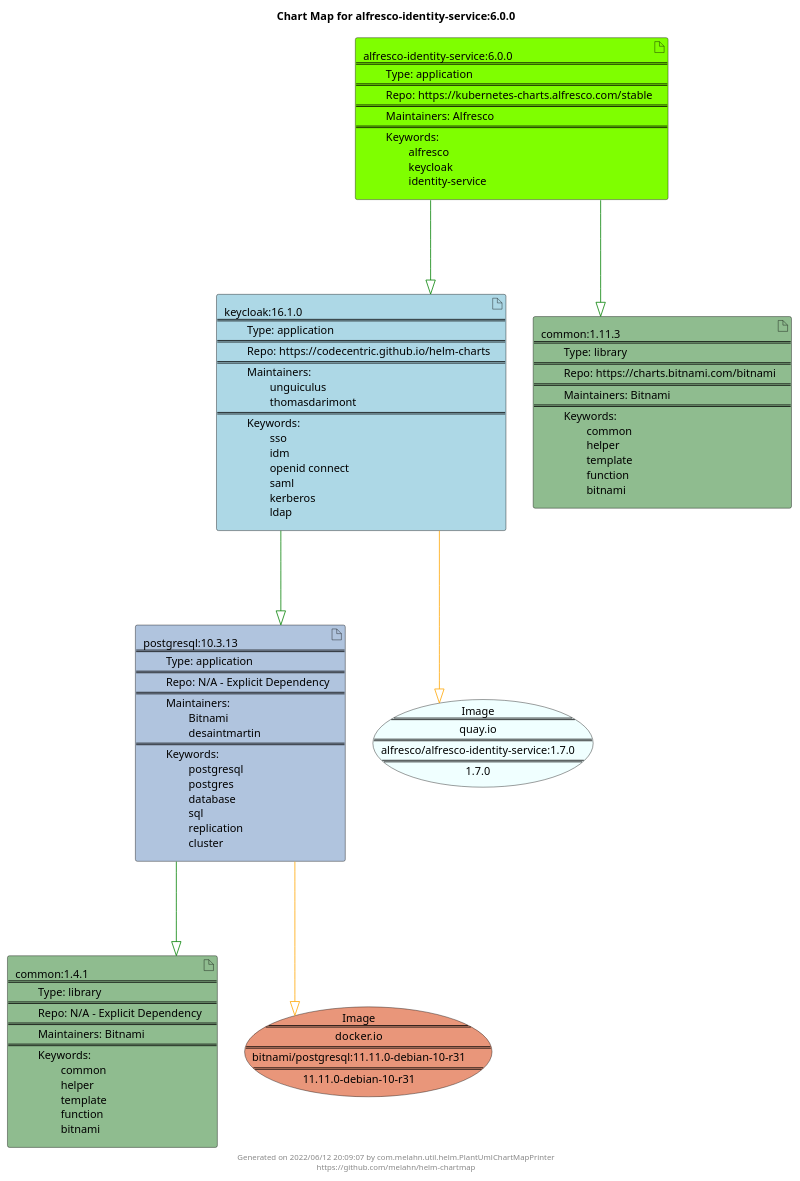
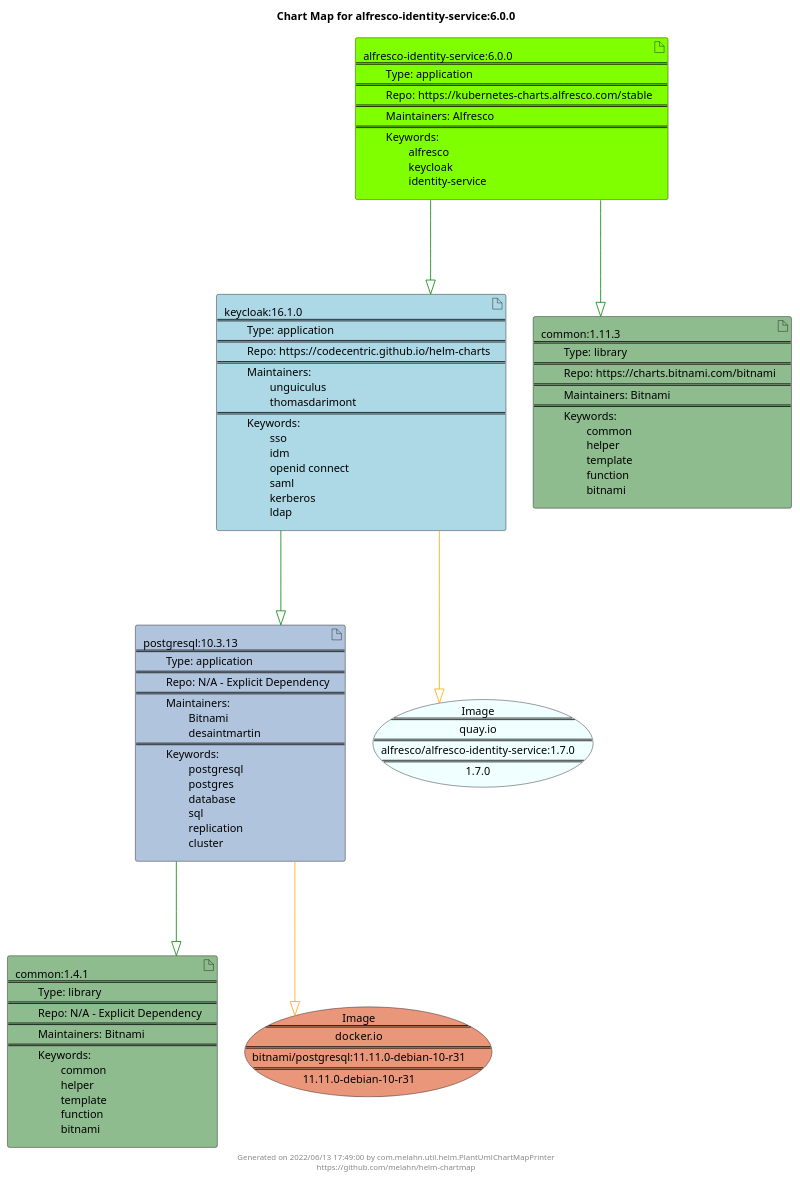
One commit to melahn/helm-chartmap changed the diagram in docs/alfresco-identity-service/alfresco-identity-service-6.0.0.puml. Above: the diagram before and after it, drawn with PlantUML. The commit also changed 59 other files, not shown here.

Commit message:
Update Example Chart Maps as part of GitHub build

```diff
--- a/docs/alfresco-identity-service/alfresco-identity-service-6.0.0.puml
+++ b/docs/alfresco-identity-service/alfresco-identity-service-6.0.0.puml
@@ -1,31 +1,31 @@
 @startuml
 skinparam linetype ortho
 skinparam backgroundColor white
 skinparam usecaseBorderColor black
 skinparam usecaseArrowColor LightSlateGray
 skinparam artifactBorderColor black
 skinparam artifactArrowColor LightSlateGray
 
 title Chart Map for alfresco-identity-service:6.0.0
 
 'There are 5 referenced Helm Charts
 artifact "common:1.4.1\n====\n\tType: library\n====\n\tRepo: N/A - Explicit Dependency\n====\n\tMaintainers: Bitnami\n====\n\tKeywords: \n\t\tcommon\n\t\thelper\n\t\ttemplate\n\t\tfunction\n\t\tbitnami" as common_1_4_1 #DarkSeaGreen
 artifact "keycloak:16.1.0\n====\n\tType: application\n====\n\tRepo: https://codecentric.github.io/helm-charts\n====\n\tMaintainers: \n\t\tunguiculus\n\t\tthomasdarimont\n====\n\tKeywords: \n\t\tsso\n\t\tidm\n\t\topenid connect\n\t\tsaml\n\t\tkerberos\n\t\tldap" as keycloak_16_1_0 #LightBlue
 artifact "postgresql:10.3.13\n====\n\tType: application\n====\n\tRepo: N/A - Explicit Dependency\n====\n\tMaintainers: \n\t\tBitnami\n\t\tdesaintmartin\n====\n\tKeywords: \n\t\tpostgresql\n\t\tpostgres\n\t\tdatabase\n\t\tsql\n\t\treplication\n\t\tcluster" as postgresql_10_3_13 #LightSteelBlue
 artifact "alfresco-identity-service:6.0.0\n====\n\tType: application\n====\n\tRepo: https://kubernetes-charts.alfresco.com/stable\n====\n\tMaintainers: Alfresco\n====\n\tKeywords: \n\t\talfresco\n\t\tkeycloak\n\t\tidentity-service" as alfresco_identity_service_6_0_0 #Chartreuse
 artifact "common:1.11.3\n====\n\tType: library\n====\n\tRepo: https://charts.bitnami.com/bitnami\n====\n\tMaintainers: Bitnami\n====\n\tKeywords: \n\t\tcommon\n\t\thelper\n\t\ttemplate\n\t\tfunction\n\t\tbitnami" as common_1_11_3 #DarkSeaGreen
 
 'There are 2 referenced Docker Images
 usecase "Image\n====\nquay.io\n====\nalfresco/alfresco-identity-service:1.7.0\n====\n1.7.0" as quay_io_alfresco_alfresco_identity_service_1_7_0 #Azure
 usecase "Image\n====\ndocker.io\n====\nbitnami/postgresql:11.11.0-debian-10-r31\n====\n11.11.0-debian-10-r31" as docker_io_bitnami_postgresql_11_11_0_debian_10_r31 #DarkSalmon
 
 'Chart Dependencies
+alfresco_identity_service_6_0_0--[#green]-|>common_1_11_3
 alfresco_identity_service_6_0_0--[#green]-|>keycloak_16_1_0
 keycloak_16_1_0--[#green]-|>postgresql_10_3_13
 postgresql_10_3_13--[#green]-|>common_1_4_1
-alfresco_identity_service_6_0_0--[#green]-|>common_1_11_3
 keycloak_16_1_0--[#orange]-|>quay_io_alfresco_alfresco_identity_service_1_7_0
 postgresql_10_3_13--[#orange]-|>docker_io_bitnami_postgresql_11_11_0_debian_10_r31
 
-center footer Generated on 2022/06/12 20:09:07 by com.melahn.util.helm.PlantUmlChartMapPrinter\nhttps://github.com/melahn/helm-chartmap
+center footer Generated on 2022/06/13 17:49:00 by com.melahn.util.helm.PlantUmlChartMapPrinter\nhttps://github.com/melahn/helm-chartmap
 @enduml
```
